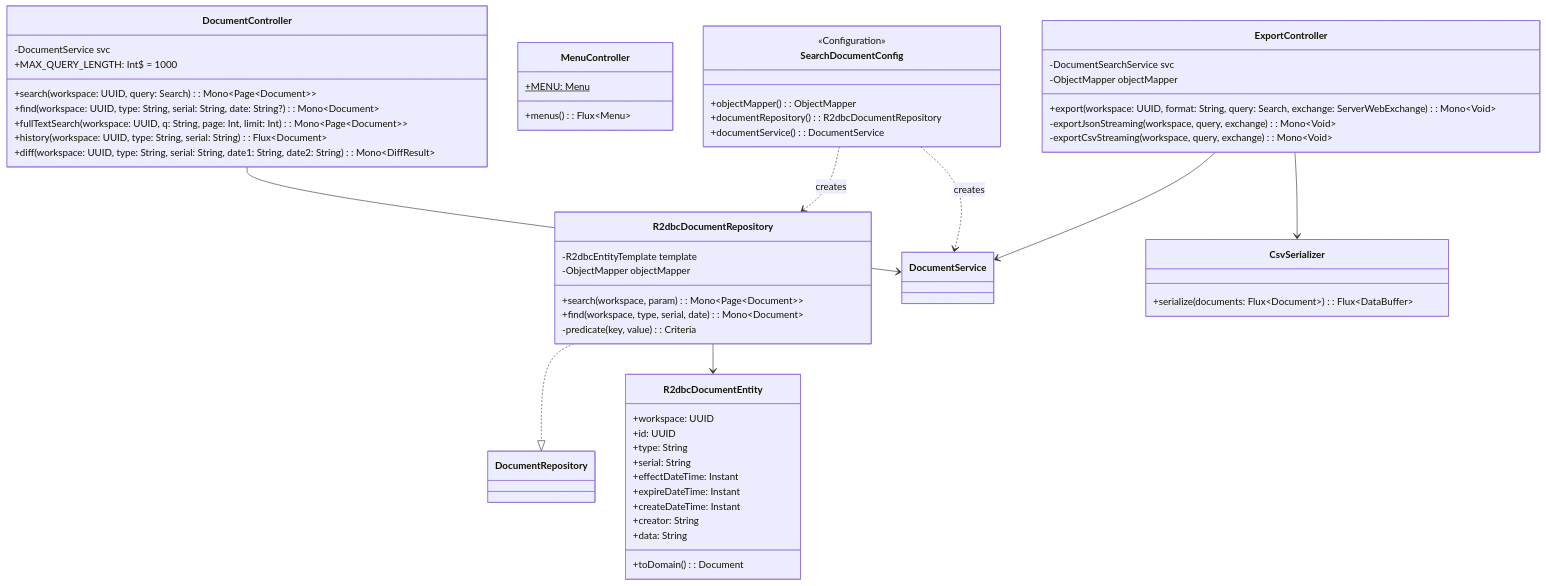
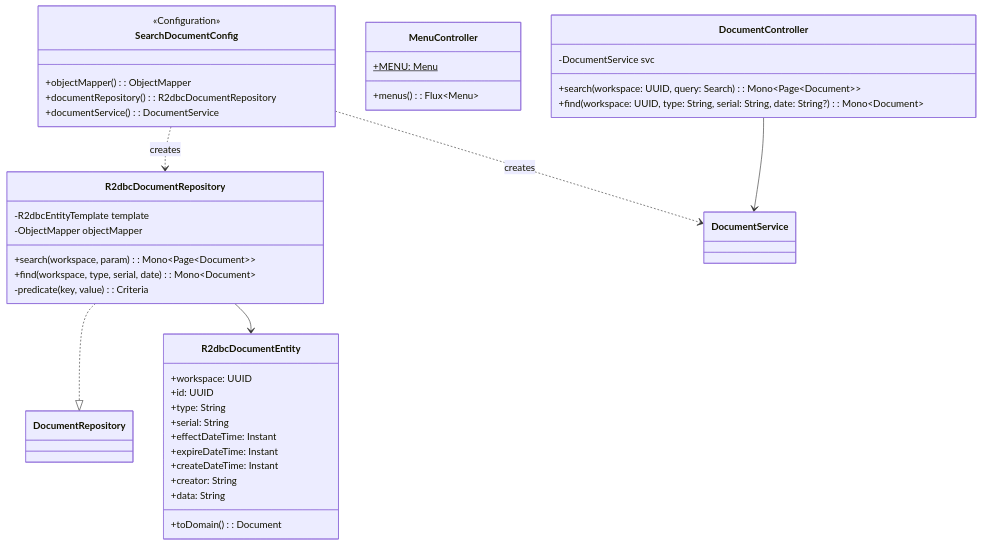
Before and after one commit to sayaya1090/handbook: the second of 2 diagrams in search-document/CLASS-DIAGRAM.md, drawn with Mermaid. The commit also changed other lines of this file and 645 other files, not shown here.

````diff
--- a/search-document/CLASS-DIAGRAM.md
+++ b/search-document/CLASS-DIAGRAM.md
@@ -39,65 +33,47 @@
 ```mermaid
 classDiagram
     class DocumentController {
         -DocumentService svc
-        +MAX_QUERY_LENGTH: Int$ = 1000
         +search(workspace: UUID, query: Search): Mono~Page~Document~~
         +find(workspace: UUID, type: String, serial: String, date: String?): Mono~Document~
-        +fullTextSearch(workspace: UUID, q: String, page: Int, limit: Int): Mono~Page~Document~~
-        +history(workspace: UUID, type: String, serial: String): Flux~Document~
-        +diff(workspace: UUID, type: String, serial: String, date1: String, date2: String): Mono~DiffResult~
     }
 
     class MenuController {
         +MENU: Menu$
         +menus(): Flux~Menu~
     }
 
     class R2dbcDocumentEntity {
         +workspace: UUID
         +id: UUID
         +type: String
         +serial: String
         +effectDateTime: Instant
         +expireDateTime: Instant
         +createDateTime: Instant
         +creator: String
         +data: String
         +toDomain(): Document
     }
 
     class R2dbcDocumentRepository {
         -R2dbcEntityTemplate template
         -ObjectMapper objectMapper
         +search(workspace, param): Mono~Page~Document~~
         +find(workspace, type, serial, date): Mono~Document~
         -predicate(key, value): Criteria
     }
 
     class SearchDocumentConfig {
         <<Configuration>>
         +objectMapper(): ObjectMapper
         +documentRepository(): R2dbcDocumentRepository
         +documentService(): DocumentService
     }
 
-    class ExportController {
-        -DocumentSearchService svc
-        -ObjectMapper objectMapper
-        +export(workspace: UUID, format: String, query: Search, exchange: ServerWebExchange): Mono~Void~
-        -exportJsonStreaming(workspace, query, exchange): Mono~Void~
-        -exportCsvStreaming(workspace, query, exchange): Mono~Void~
-    }
-
-    class CsvSerializer {
-        +serialize(documents: Flux~Document~): Flux~DataBuffer~
-    }
-
     DocumentController --> DocumentService
-    ExportController --> DocumentService
-    ExportController --> CsvSerializer
     R2dbcDocumentRepository ..|> DocumentRepository
     R2dbcDocumentRepository --> R2dbcDocumentEntity
     SearchDocumentConfig ..> R2dbcDocumentRepository : creates
     SearchDocumentConfig ..> DocumentService : creates
 ```
````
